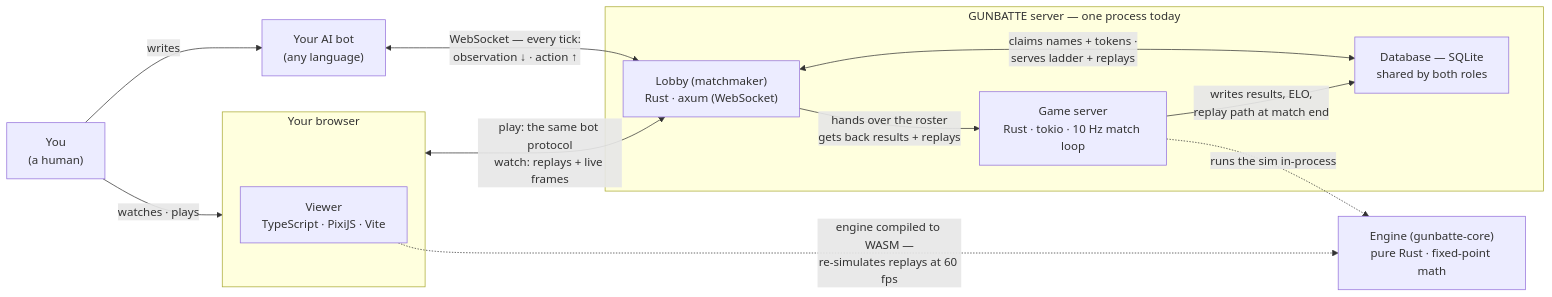
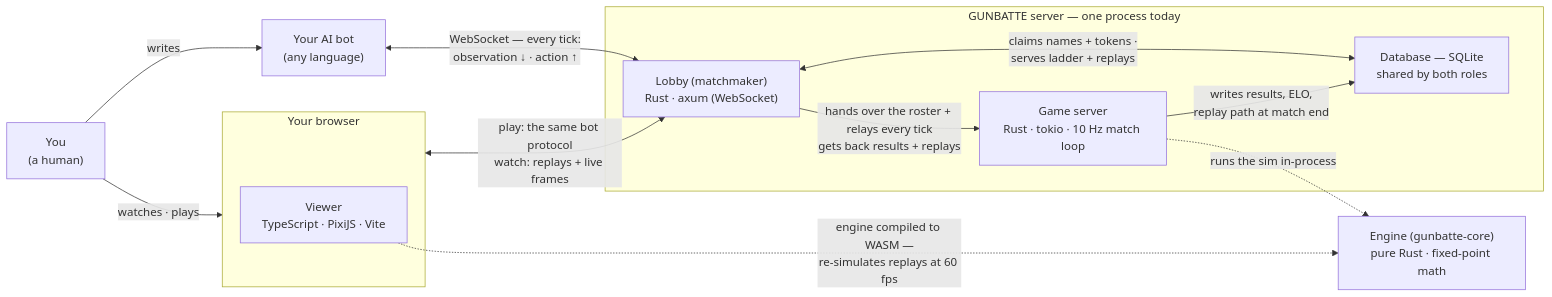
One commit to ahaqqu/gunbatte changed the diagram in docs/ARCHITECTURE.md. Above: the diagram before and after it, drawn with Mermaid. The commit also changed other lines of this file, not shown here.

First line of the commit message:
docs: diagram — the WebSocket terminates at the lobby, and the lobby relays

````diff
--- a/docs/ARCHITECTURE.md
+++ b/docs/ARCHITECTURE.md
@@ -21,28 +21,28 @@
 ```mermaid
 flowchart LR
     you["You<br/>(a human)"]
     bot["Your AI bot<br/>(any language)"]
 
     subgraph browser["Your browser"]
         viewer["Viewer<br/>TypeScript · PixiJS · Vite"]
     end
 
     engine["Engine (gunbatte-core)<br/>pure Rust · fixed-point math"]
 
     subgraph server["GUNBATTE server — one process today"]
         lobby["Lobby (matchmaker)<br/>Rust · axum (WebSocket)"]
         game["Game server<br/>Rust · tokio · 10 Hz match loop"]
         db["Database — SQLite<br/>shared by both roles"]
 
         lobby <-->|"claims names + tokens ·<br/>serves ladder + replays"| db
-        lobby -->|"hands over the roster<br/>gets back results + replays"| game
+        lobby -->|"hands over the roster + relays every tick<br/>gets back results + replays"| game
         game -->|"writes results, ELO,<br/>replay path at match end"| db
     end
 
     you -->|"writes"| bot
     you -->|"watches · plays"| browser
     bot <-->|"WebSocket — every tick:<br/>observation ↓ · action ↑"| lobby
     browser <-->|"play: the same bot protocol<br/>watch: replays + live frames"| lobby
     game -.->|"runs the sim in-process"| engine
     viewer -.->|"engine compiled to WASM —<br/>re-simulates replays at 60 fps"| engine
 ```
````
